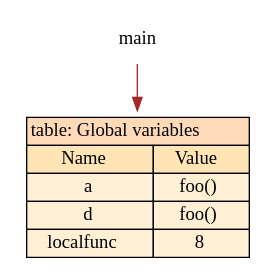
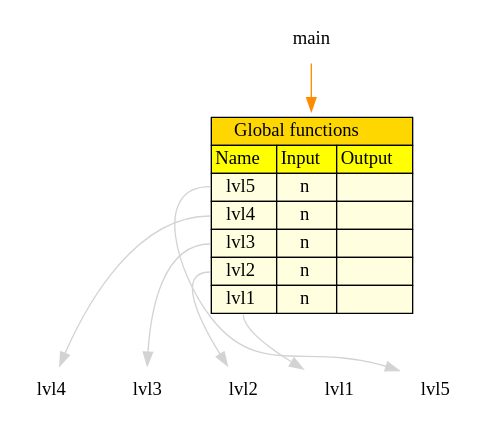
One commit to SmartPhoneJava/compiler-design changed the diagram in kur/assets/out/vars.dot. Above: the diagram before and after it, drawn with Graphviz. The commit also changed 11 other files, not shown here.

```diff
--- a/kur/assets/out/vars.dot
+++ b/kur/assets/out/vars.dot
@@ -1,8 +1,18 @@
 digraph G {
-	"main"->"main global variables"[ color="brown" ];
-	"main global variables" [ color=white, label=<<TABLE BORDER="0" CELLBORDER="1" CELLSPACING="0" color="black">
-  <TR><TD PORT="0" COLSPAN="2" BGCOLOR="#FFDAB9">table: Global variables</TD></TR>
-	<TR><TD BGCOLOR="#FFE4B5" PORT="Name">Name</TD>\n<TD BGCOLOR="#FFE4B5" PORT="Value">Value</TD>\n</TR><TR><TD BGCOLOR="#FFEFD5" PORT="">a</TD>\n<TD BGCOLOR="#FFEFD5" PORT="">foo()</TD>\n</TR><TR><TD BGCOLOR="#FFEFD5" PORT="">d</TD>\n<TD BGCOLOR="#FFEFD5" PORT="">foo()</TD>\n</TR><TR><TD BGCOLOR="#FFEFD5" PORT="">localfunc</TD>\n<TD BGCOLOR="#FFEFD5" PORT="">8</TD>\n</TR>\n</TABLE>>, shape="plaintext", style="rounded,filled" ];
+	"main"->"main global functions"[ color="#FF8C00" ];
+	"main global functions":lvl4->"main lvl4"[ color=lightgrey ];
+	"main global functions":lvl3->"main lvl3"[ color=lightgrey ];
+	"main global functions":lvl2->"main lvl2"[ color=lightgrey ];
+	"main global functions":lvl1->"main lvl1"[ color=lightgrey ];
+	"main global functions":lvl5->"main lvl5"[ color=lightgrey ];
+	"main global functions" [ color=white, label=<<TABLE BORDER="0" CELLBORDER="1" color="black" CELLSPACING="0">
+	<TR><TD COLSPAN="3" BGCOLOR="#FFD700">Global functions</TD></TR>
+	  <TR><TD BGCOLOR="#FFFF00" PORT="Name">Name</TD>\n<TD BGCOLOR="#FFFF00" PORT="Input">Input</TD>\n<TD BGCOLOR="#FFFF00" PORT="Output">Output</TD>\n</TR><TR><TD BGCOLOR="#FFFFE0" PORT="lvl5">lvl5</TD>\n<TD BGCOLOR="#FFFFE0" PORT="">n</TD>\n<TD BGCOLOR="#FFFFE0" PORT=""></TD>\n</TR><TR><TD BGCOLOR="#FFFFE0" PORT="lvl4">lvl4</TD>\n<TD BGCOLOR="#FFFFE0" PORT="">n</TD>\n<TD BGCOLOR="#FFFFE0" PORT=""></TD>\n</TR><TR><TD BGCOLOR="#FFFFE0" PORT="lvl3">lvl3</TD>\n<TD BGCOLOR="#FFFFE0" PORT="">n</TD>\n<TD BGCOLOR="#FFFFE0" PORT=""></TD>\n</TR><TR><TD BGCOLOR="#FFFFE0" PORT="lvl2">lvl2</TD>\n<TD BGCOLOR="#FFFFE0" PORT="">n</TD>\n<TD BGCOLOR="#FFFFE0" PORT=""></TD>\n</TR><TR><TD BGCOLOR="#FFFFE0" PORT="lvl1">lvl1</TD>\n<TD BGCOLOR="#FFFFE0" PORT="">n</TD>\n<TD BGCOLOR="#FFFFE0" PORT=""></TD>\n</TR>\n</TABLE>>, shape="plaintext", style="rounded,filled" ];
+	"main lvl1" [ color=white, label=lvl1, shape="plaintext", style="rounded,filled" ];
+	"main lvl2" [ color=white, label=lvl2, shape="plaintext", style="rounded,filled" ];
+	"main lvl3" [ color=white, label=lvl3, shape="plaintext", style="rounded,filled" ];
+	"main lvl4" [ color=white, label=lvl4, shape="plaintext", style="rounded,filled" ];
+	"main lvl5" [ color=white, label=lvl5, shape="plaintext", style="rounded,filled" ];
 	"main" [ color=white, label=main, shape="plaintext", style="rounded,filled" ];
 
 }
```
